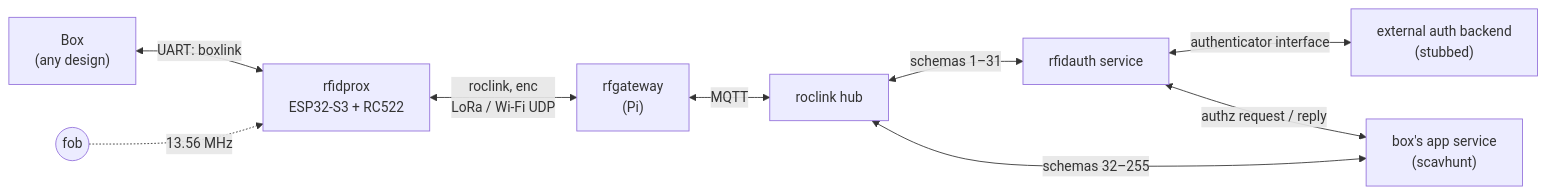
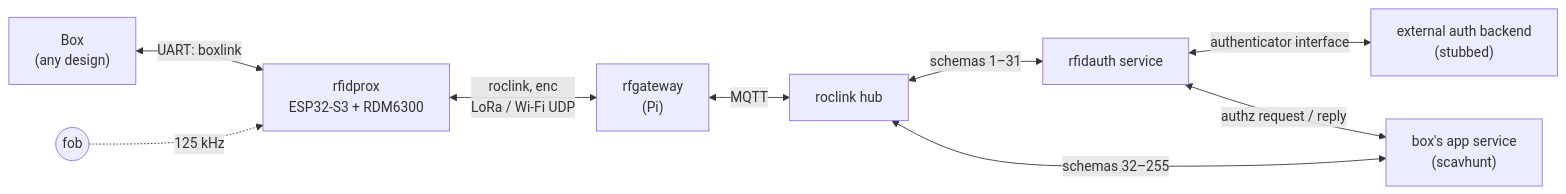
The first of 5 diagrams in rfidproxies/rfidprox/docs/DESIGN.md (alienelephant/rocbotnet), drawn with Mermaid before and after one commit. The commit also changed other lines of this file and 10 other files, not shown here.

Commit message:
rfidprox: an RDM6300 (125 kHz) reader in place of the RC522

````diff
--- a/rfidproxies/rfidprox/docs/DESIGN.md
+++ b/rfidproxies/rfidprox/docs/DESIGN.md
@@ -18,11 +18,11 @@
 ```mermaid
 flowchart LR
-    BOX["Box<br/>(any design)"] <-->|"UART: boxlink"| PX["rfidprox<br/>ESP32-S3 + RC522"]
-    FOB(("fob")) -.->|"13.56 MHz"| PX
+    BOX["Box<br/>(any design)"] <-->|"UART: boxlink"| PX["rfidprox<br/>ESP32-S3 + RDM6300"]
+    FOB(("fob")) -.->|"125 kHz"| PX
     PX <-->|"roclink, enc<br/>LoRa / Wi-Fi UDP"| GW["rfgateway<br/>(Pi)"]
     GW <-->|"MQTT"| HUB["roclink hub"]
     HUB <-->|"schemas 1–31"| AUTH["rfidauth service"]
     HUB <-->|"schemas 32–255"| APP["box's app service<br/>(scavhunt)"]
     AUTH <-->|"authenticator interface"| EXT["external auth backend<br/>(stubbed)"]
     AUTH <-->|"authz request / reply"| APP
 ```
````
